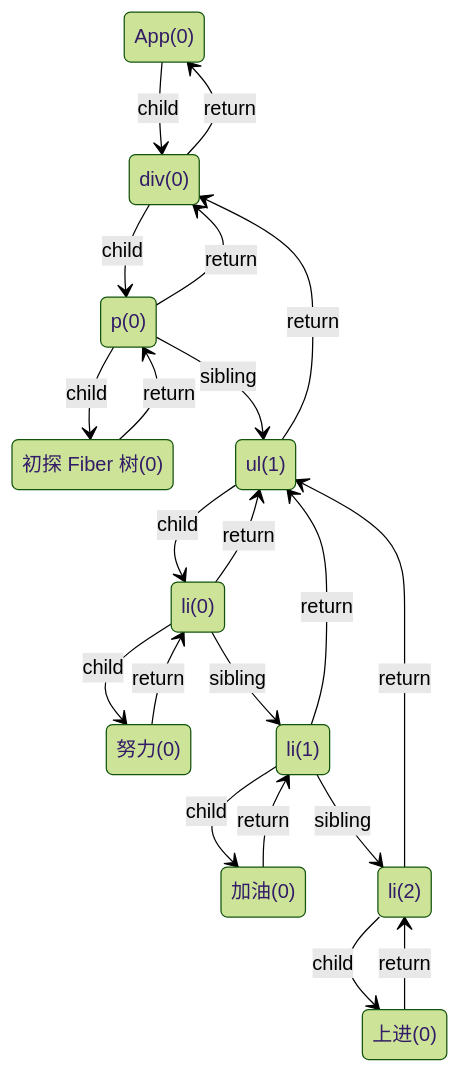
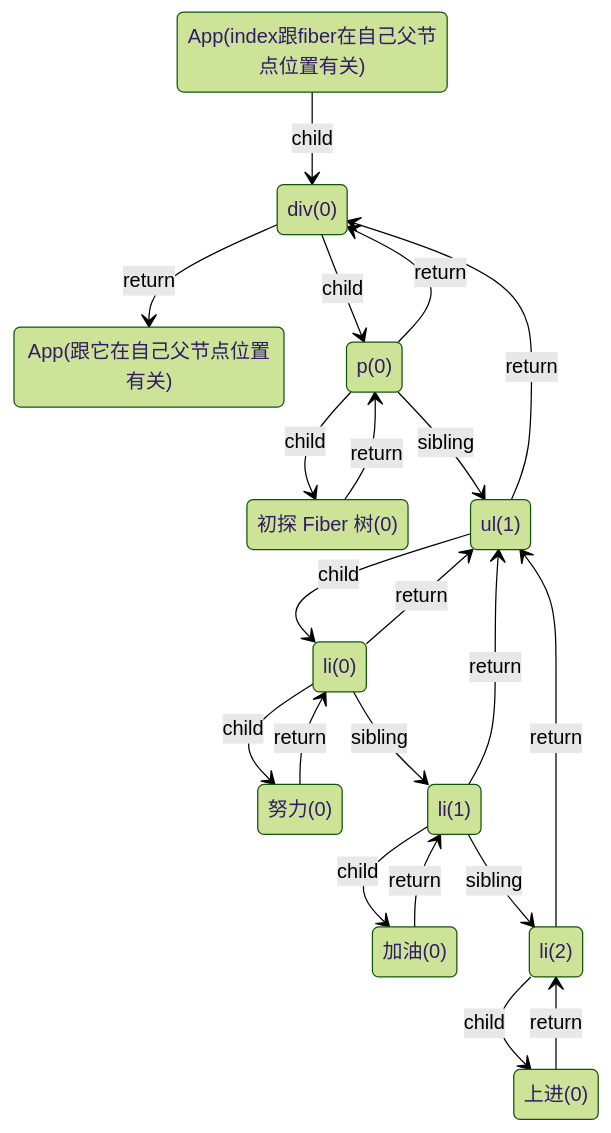
One commit to MrArky/ReactSourceCode changed the diagram in 学习手册/Reconciler（协调器）/Fiber树.md. Above: the diagram before and after it, drawn with Mermaid (forest theme).

Commit message:
Update Fiber树.md
更新Fiber树

````diff
--- a/学习手册/Reconciler（协调器）/Fiber树.md
+++ b/学习手册/Reconciler（协调器）/Fiber树.md
@@ -15,30 +15,30 @@
 ``` mermaid
   stateDiagram
-  App(0) --> div(0) : child
-  div(0) --> App(0) : return
+  App(index跟fiber在自己父节点位置有关) --> div(0) : child
+  div(0) --> App(跟它在自己父节点位置有关) : return
   div(0) --> p(0) : child
   string1: 初探 Fiber 树(0)
   string2: 努力(0)
   string3: 加油(0)
   string4: 上进(0)
   li1 : li(0)
   li2 : li(1)
   li3 : li(2)
   p(0) --> string1 : child
   string1 --> p(0) : return
   p(0) --> ul(1) : sibling
   p(0) --> div(0) : return
   ul(1) --> li1 : child
   ul(1) --> div(0) : return
   li1 --> string2 : child
   li1 --> li2 : sibling
   li1 --> ul(1) : return
   string2 --> li1 : return
   li2 --> string3 : child
   li2 --> li3 : sibling
   li2 --> ul(1) : return
   string3 --> li2 : return
   li3 --> string4 : child
   li3 --> ul(1) : return
   string4 --> li3 : return
 ```
````
